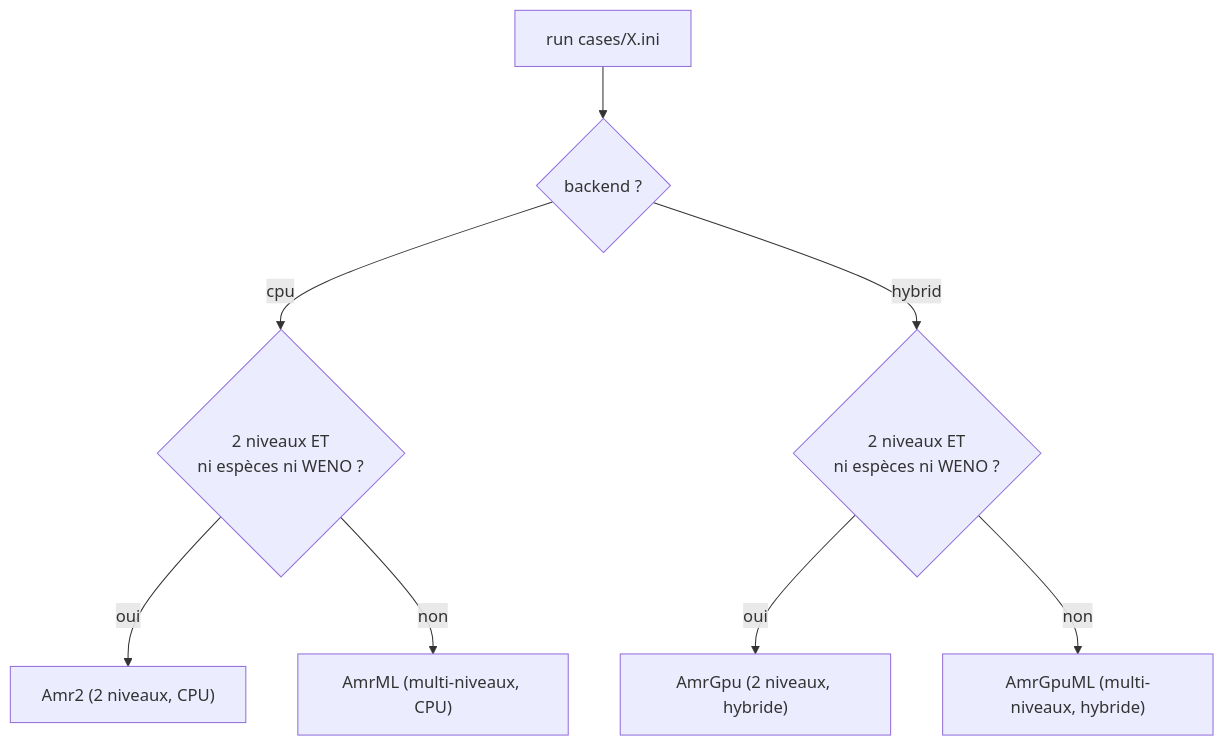
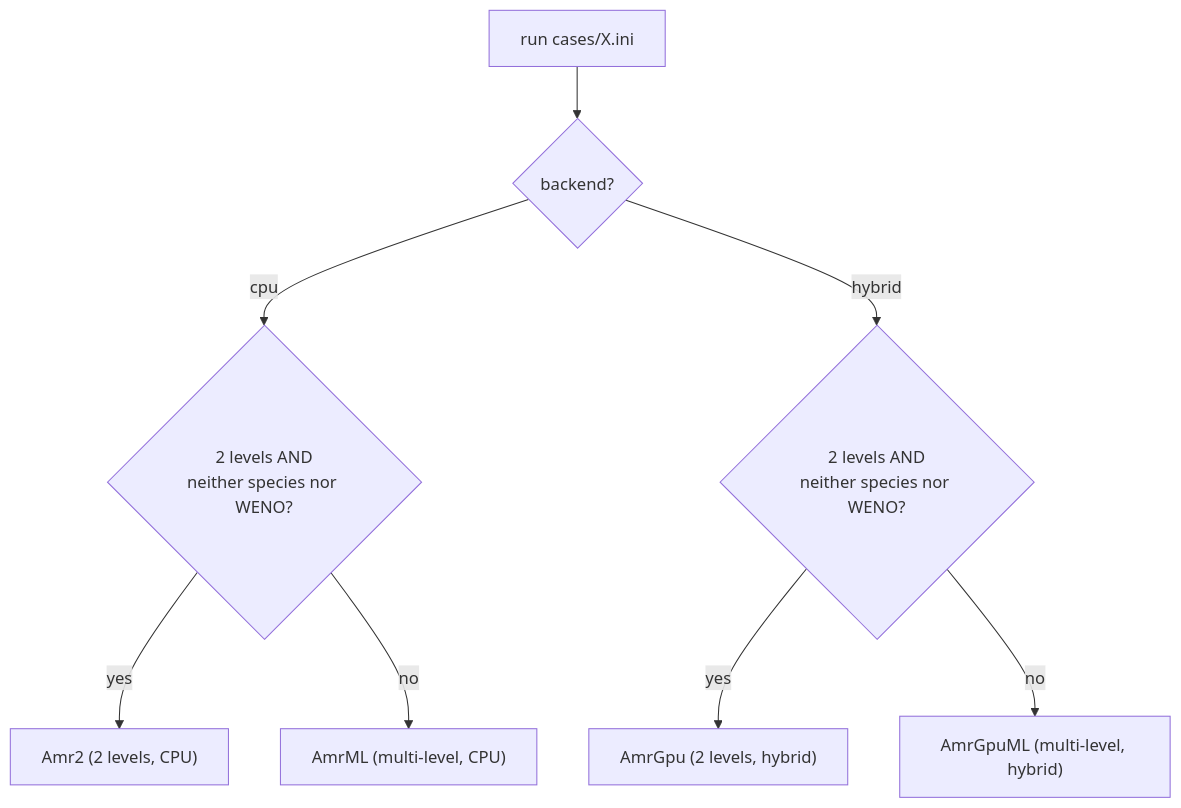
The fifth of 8 diagrams in docs/ARCHITECTURE.md (fhermet/machmallow), drawn with Mermaid before and after one commit. The commit also changed other lines of this file and 1 other file, not shown here.

Commit message:
docs: traduire ARCHITECTURE et NUMERICS en anglais

````diff
--- a/docs/ARCHITECTURE.md
+++ b/docs/ARCHITECTURE.md
@@ -168,10 +167,10 @@
 ```mermaid
 flowchart TD
-    Start["run cases/X.ini"] --> Bk{"backend ?"}
-    Bk -- cpu --> C1{"2 niveaux ET<br/>ni espèces ni WENO ?"}
-    C1 -- oui --> Amr2["Amr2 (2 niveaux, CPU)"]
-    C1 -- non --> AmrML["AmrML (multi-niveaux, CPU)"]
-    Bk -- hybrid --> C2{"2 niveaux ET<br/>ni espèces ni WENO ?"}
-    C2 -- oui --> AmrGpu["AmrGpu (2 niveaux, hybride)"]
-    C2 -- non --> AmrGpuML["AmrGpuML (multi-niveaux, hybride)"]
+    Start["run cases/X.ini"] --> Bk{"backend?"}
+    Bk -- cpu --> C1{"2 levels AND<br/>neither species nor WENO?"}
+    C1 -- yes --> Amr2["Amr2 (2 levels, CPU)"]
+    C1 -- no --> AmrML["AmrML (multi-level, CPU)"]
+    Bk -- hybrid --> C2{"2 levels AND<br/>neither species nor WENO?"}
+    C2 -- yes --> AmrGpu["AmrGpu (2 levels, hybrid)"]
+    C2 -- no --> AmrGpuML["AmrGpuML (multi-level, hybrid)"]
 ```
````
